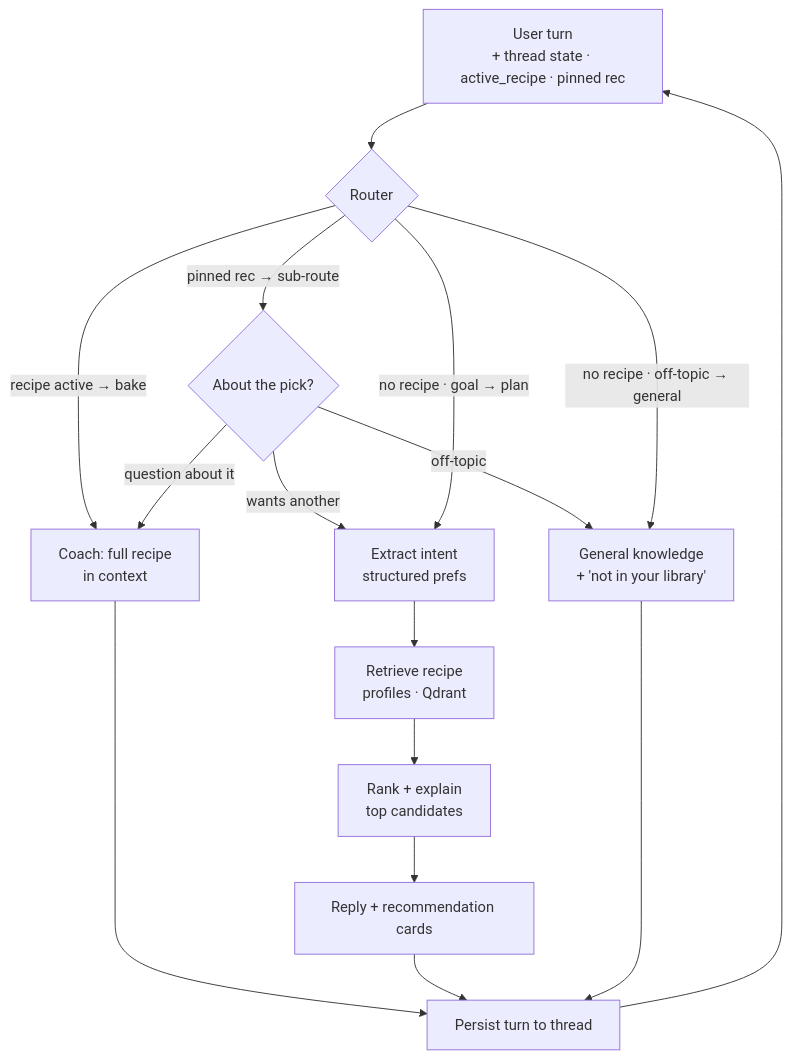
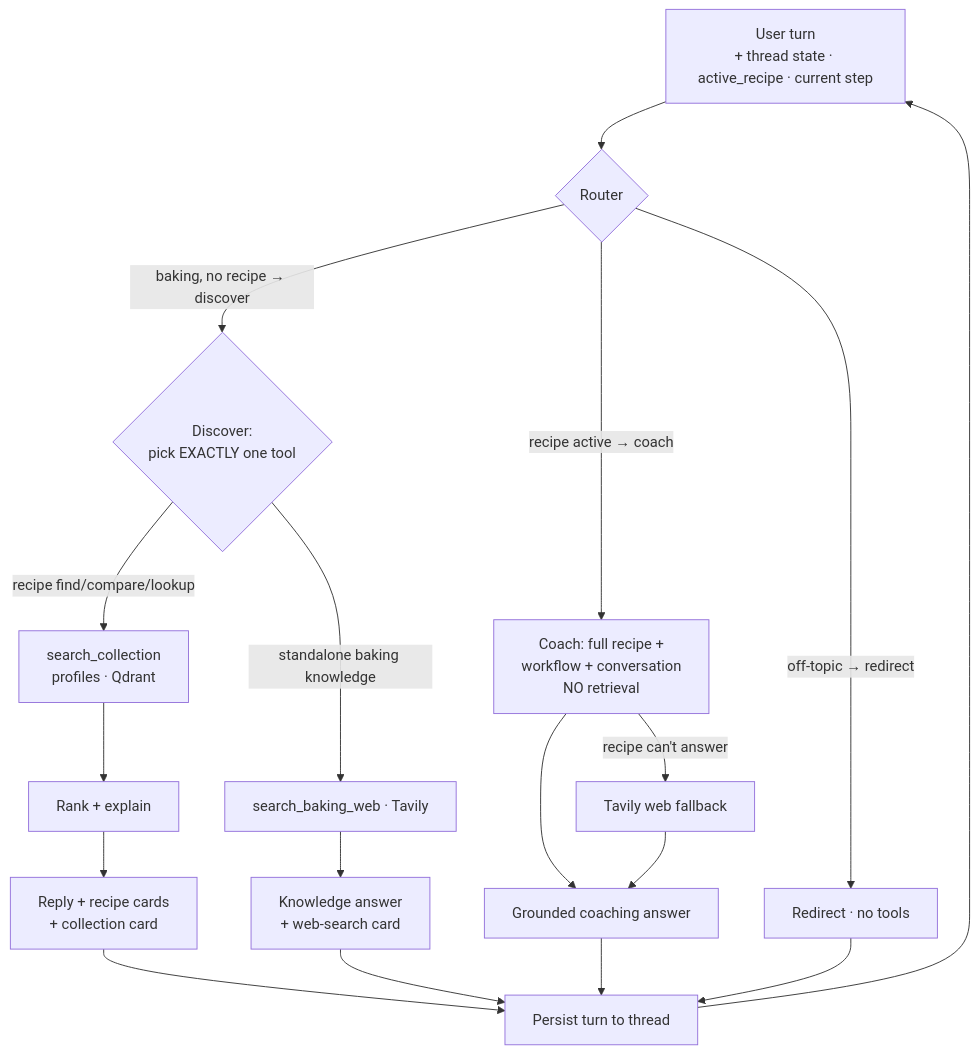
The second of 2 diagrams in docs/02-solution.md (xx257/bake-me-up), drawn with Mermaid before and after one commit. The commit also changed other lines of this file and 16 other files, not shown here.

First line of the commit message:
Agentic routing rework + Tavily web fallback

````diff
--- a/docs/02-solution.md
+++ b/docs/02-solution.md
@@ -97,18 +111,19 @@
 ```mermaid
 flowchart TD
-    U[User turn<br/>+ thread state · active_recipe · pinned rec] --> R{Router}
-    R -->|recipe active → bake| BK[Coach: full recipe<br/>in context]
-    R -->|pinned rec → sub-route| PR{About the pick?}
-    PR -->|question about it| BK
-    PR -->|wants another| P1
-    PR -->|off-topic| GEN
-    R -->|no recipe · goal → plan| P1[Extract intent<br/>structured prefs]
-    R -->|no recipe · off-topic → general| GEN[General knowledge<br/>+ 'not in your library']
-    P1 --> P2[Retrieve recipe<br/>profiles · Qdrant]
-    P2 --> P3[Rank + explain<br/>top candidates]
-    P3 --> CARDS[Reply + recommendation cards]
-    BK --> SAVE[Persist turn to thread]
-    CARDS --> SAVE
-    GEN --> SAVE
+    U[User turn<br/>+ thread state · active_recipe · current step] --> R{Router}
+    R -->|recipe active → coach| CO[Coach: full recipe +<br/>workflow + conversation<br/>NO retrieval]
+    R -->|baking, no recipe → discover| DIS{Discover:<br/>pick EXACTLY one tool}
+    R -->|off-topic → redirect| RED[Redirect · no tools]
+    DIS -->|recipe find/compare/lookup| SC[search_collection<br/>profiles · Qdrant]
+    DIS -->|standalone baking knowledge| SW[search_baking_web · Tavily]
+    SC --> RANK[Rank + explain] --> CARDS[Reply + recipe cards<br/>+ collection card]
+    SW --> WANS[Knowledge answer<br/>+ web-search card]
+    CO -->|recipe can't answer| EXT[Tavily web fallback]
+    CO --> ANS[Grounded coaching answer]
+    EXT --> ANS
+    CARDS --> SAVE[Persist turn to thread]
+    WANS --> SAVE
+    ANS --> SAVE
+    RED --> SAVE
     SAVE --> U
 ```
````
